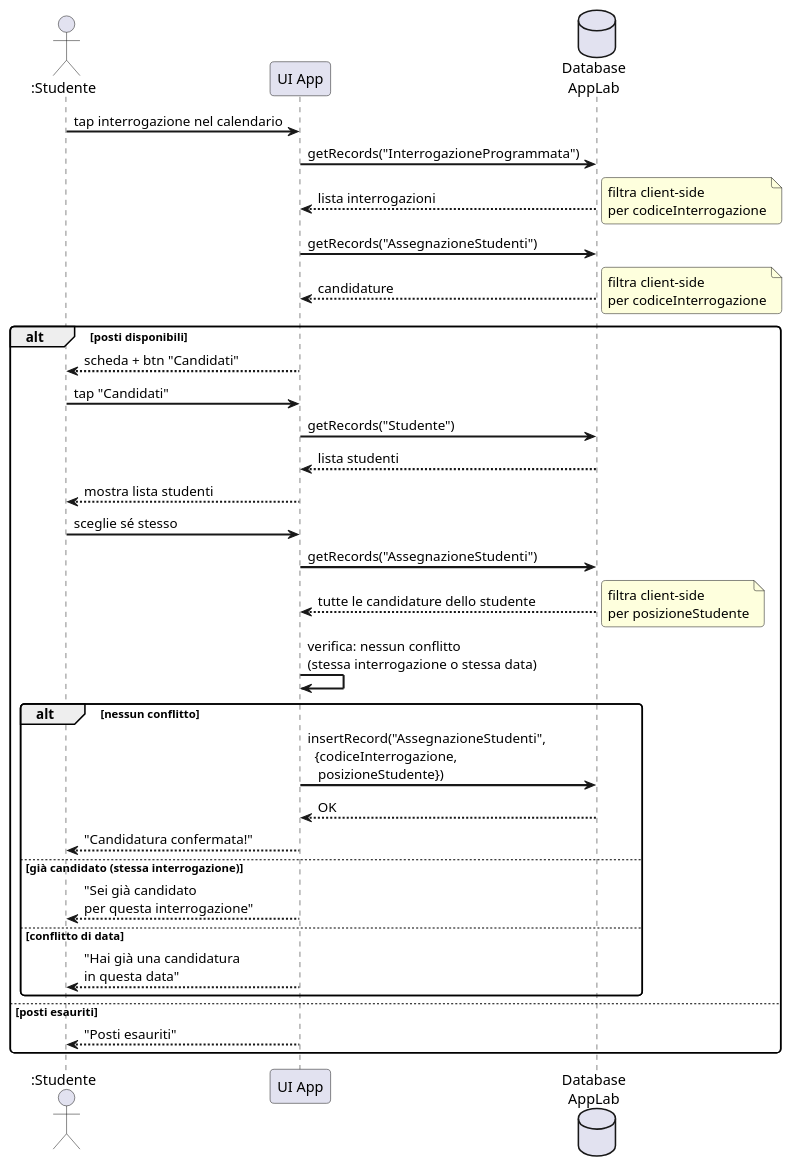
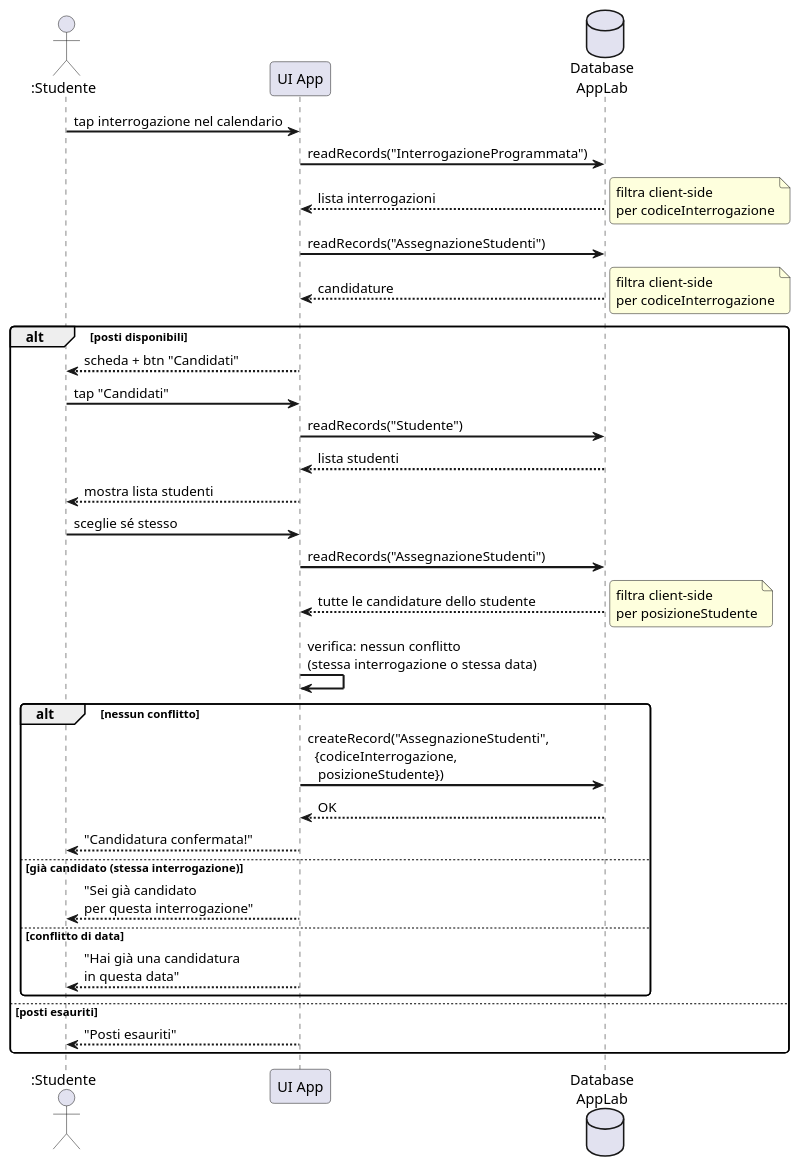
The fourth of 8 diagrams in srs.adoc (gionatamassibenincasa/study-together), drawn with PlantUML before and after one commit. The commit also changed other lines of this file and 17 other files, not shown here.

```diff
--- a/srs.adoc
+++ b/srs.adoc
@@ -615,46 +635,46 @@
 [plantuml, sd-candidatura, svg]
 ....
 @startuml
 skinparam sequenceArrowThickness 2
 skinparam roundcorner 8
 
 actor ":Studente" as S
 participant "UI App" as UI
 database "Database\nAppLab" as DB
 
 S -> UI : tap interrogazione nel calendario
-UI -> DB : getRecords("InterrogazioneProgrammata")
+UI -> DB : readRecords("InterrogazioneProgrammata")
 DB --> UI : lista interrogazioni
 note right: filtra client-side\nper codiceInterrogazione
 
-UI -> DB : getRecords("AssegnazioneStudenti")
+UI -> DB : readRecords("AssegnazioneStudenti")
 DB --> UI : candidature
 note right: filtra client-side\nper codiceInterrogazione
 
 alt posti disponibili
   UI --> S : scheda + btn "Candidati"
   S -> UI : tap "Candidati"
-  UI -> DB : getRecords("Studente")
+  UI -> DB : readRecords("Studente")
   DB --> UI : lista studenti
   UI --> S : mostra lista studenti
 
   S -> UI : sceglie sé stesso
-  UI -> DB : getRecords("AssegnazioneStudenti")
+  UI -> DB : readRecords("AssegnazioneStudenti")
   DB --> UI : tutte le candidature dello studente
   note right: filtra client-side\nper posizioneStudente
   UI -> UI : verifica: nessun conflitto\n(stessa interrogazione o stessa data)
 
   alt nessun conflitto
-    UI -> DB : insertRecord("AssegnazioneStudenti",\n  {codiceInterrogazione,\n   posizioneStudente})
+    UI -> DB : createRecord("AssegnazioneStudenti",\n  {codiceInterrogazione,\n   posizioneStudente})
     DB --> UI : OK
     UI --> S : "Candidatura confermata!"
   else già candidato (stessa interrogazione)
     UI --> S : "Sei già candidato\nper questa interrogazione"
   else conflitto di data
     UI --> S : "Hai già una candidatura\nin questa data"
   end
 else posti esauriti
   UI --> S : "Posti esauriti"
 end
 @enduml
 ....
```
